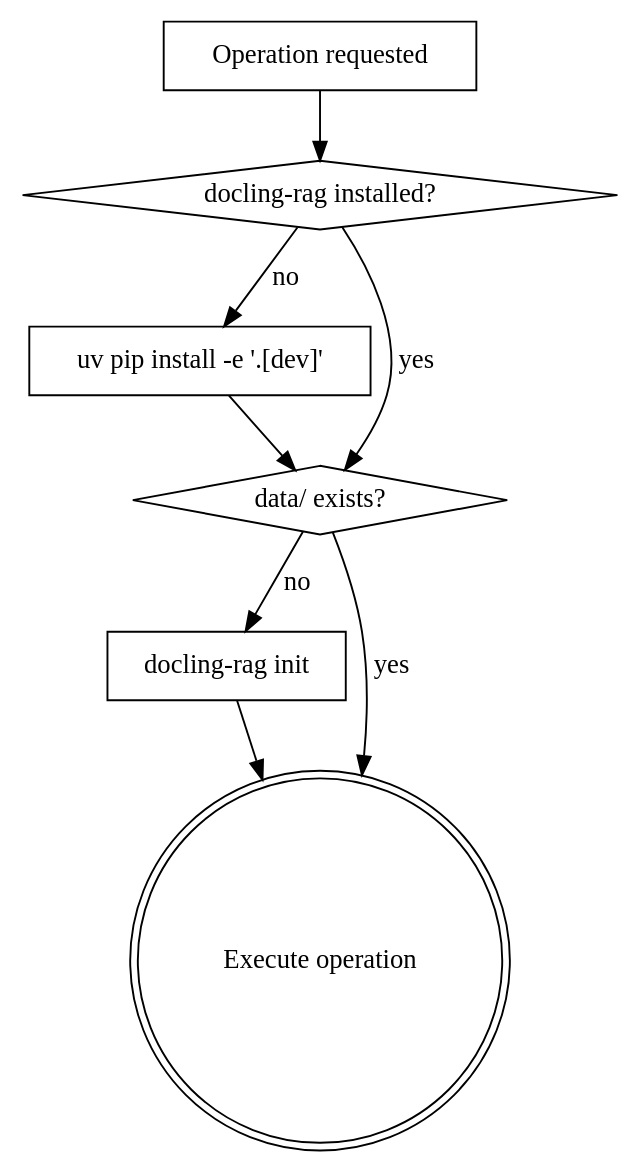
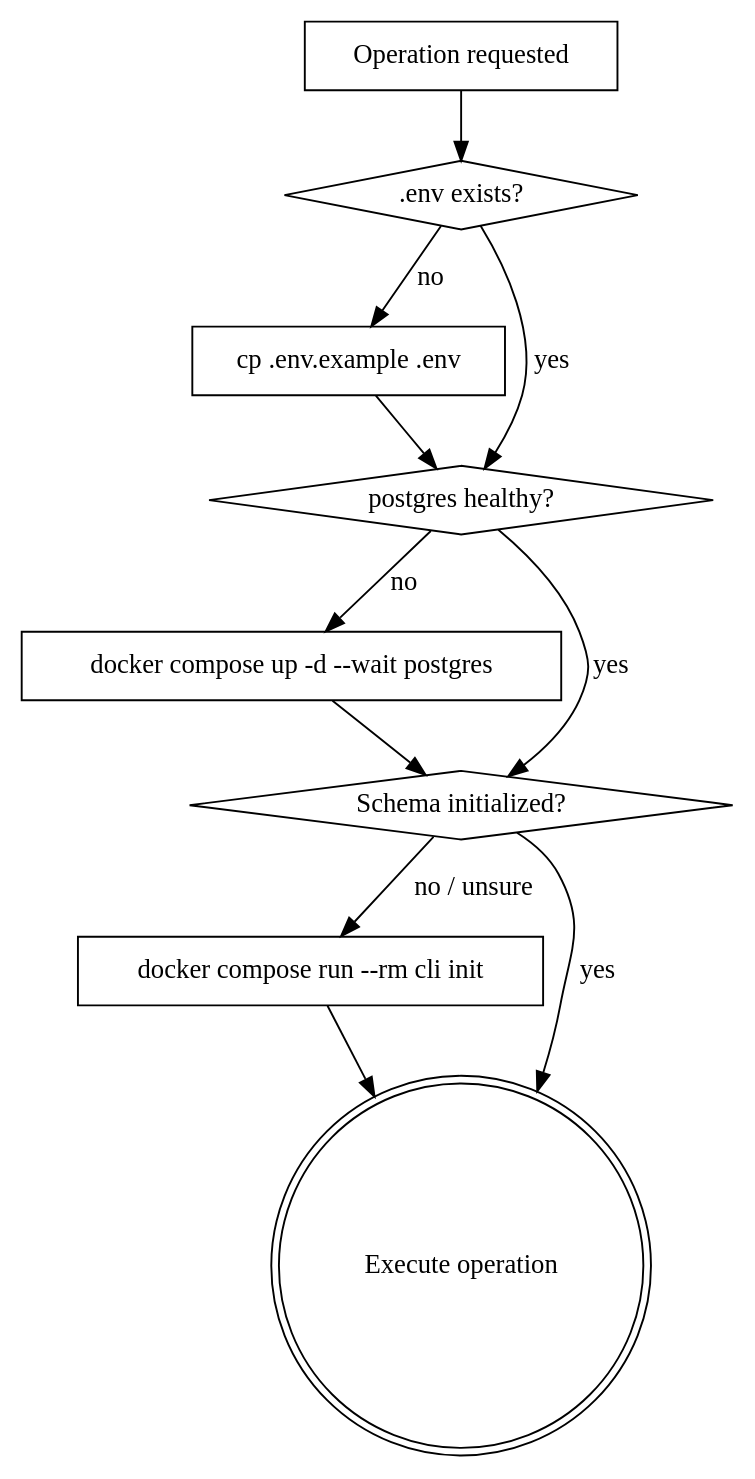
One commit to winrar23/docling-rag changed the diagram in .claude/skills/docling-rag-manager/SKILL.md. Above: the diagram before and after it, drawn with Graphviz. The commit also changed other lines of this file and 6 other files, not shown here.

First line of the commit message:
feat: docker-only стек на pgvector — compose env, конфиги контейнера, документация

````diff
--- a/.claude/skills/docling-rag-manager/SKILL.md
+++ b/.claude/skills/docling-rag-manager/SKILL.md
@@ -14,18 +18,23 @@
 ```dot
 digraph prereq {
     "Operation requested" [shape=box];
-    "docling-rag installed?" [shape=diamond];
-    "Install" [shape=box, label="uv pip install -e '.[dev]'"];
-    "data/ exists?" [shape=diamond];
-    "Init" [shape=box, label="docling-rag init"];
+    ".env exists?" [shape=diamond];
+    "Copy env" [shape=box, label="cp .env.example .env"];
+    "postgres healthy?" [shape=diamond];
+    "Up" [shape=box, label="docker compose up -d --wait postgres"];
+    "Schema initialized?" [shape=diamond];
+    "Init" [shape=box, label="docker compose run --rm cli init"];
     "Execute operation" [shape=doublecircle];
 
-    "Operation requested" -> "docling-rag installed?";
-    "docling-rag installed?" -> "Install" [label="no"];
-    "docling-rag installed?" -> "data/ exists?" [label="yes"];
-    "Install" -> "data/ exists?";
-    "data/ exists?" -> "Init" [label="no"];
-    "data/ exists?" -> "Execute operation" [label="yes"];
+    "Operation requested" -> ".env exists?";
+    ".env exists?" -> "Copy env" [label="no"];
+    ".env exists?" -> "postgres healthy?" [label="yes"];
+    "Copy env" -> "postgres healthy?";
+    "postgres healthy?" -> "Up" [label="no"];
+    "postgres healthy?" -> "Schema initialized?" [label="yes"];
+    "Up" -> "Schema initialized?";
+    "Schema initialized?" -> "Init" [label="no / unsure"];
+    "Schema initialized?" -> "Execute operation" [label="yes"];
     "Init" -> "Execute operation";
 }
 ```
````
